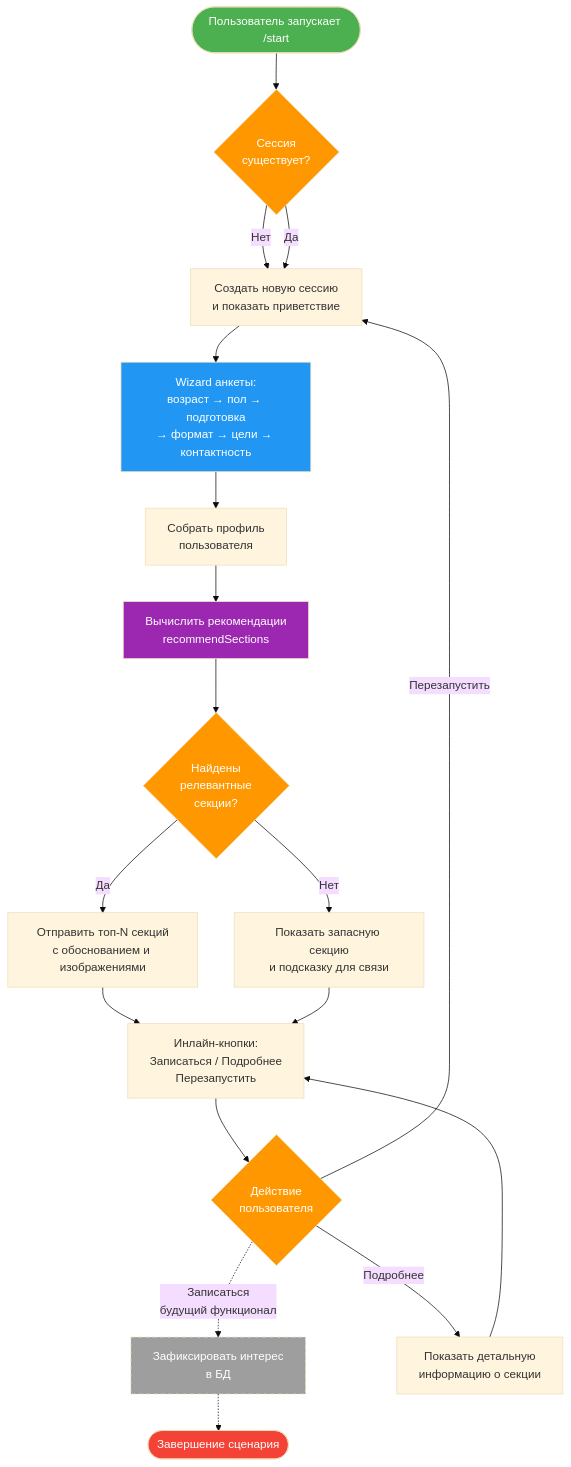
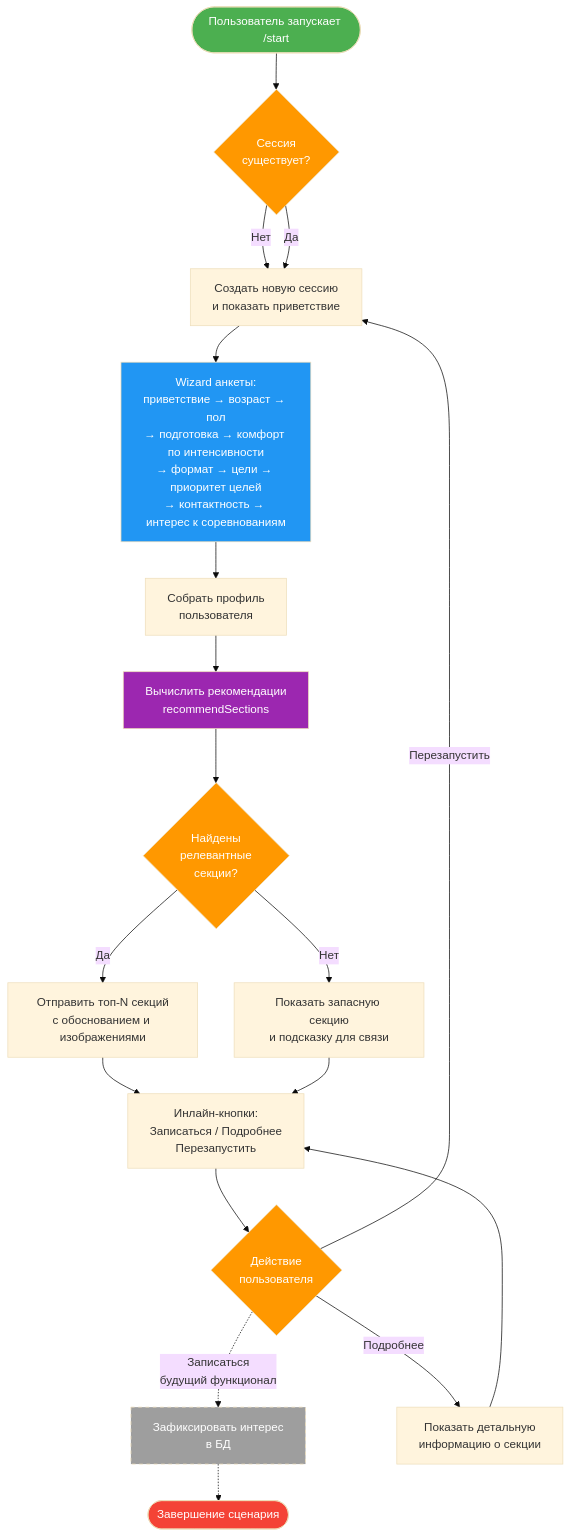
One commit to kotru21/bsuir changed the third of 4 diagrams in docs/ARCHITECTURE.md. Above: the diagram before and after it, drawn with Mermaid (base theme). The commit also changed other lines of this file and 4 other files, not shown here.

````diff
--- a/docs/ARCHITECTURE.md
+++ b/docs/ARCHITECTURE.md
@@ -147,43 +147,43 @@
 ```mermaid
 flowchart TD
    Start([Пользователь запускает /start])
 
    Start --> CheckSession{Сессия\nсуществует?}
 
    CheckSession -->|Нет| CreateSession[Создать новую сессию\nи показать приветствие]
    CheckSession -->|Да| CreateSession
 
-   CreateSession --> Wizard[Wizard анкеты:\nвозраст → пол → подготовка\n→ формат → цели → контактность]
+   CreateSession --> Wizard[Wizard анкеты:\nприветствие → возраст → пол\n→ подготовка → комфорт по интенсивности\n→ формат → цели → приоритет целей\n→ контактность → интерес к соревнованиям]
 
    Wizard --> AssembleProfile[Собрать профиль\nпользователя]
 
    AssembleProfile --> ComputeRecs[Вычислить рекомендации\nrecommendSections]
 
    ComputeRecs --> CheckResults{Найдены\nрелевантные\nсекции?}
 
    CheckResults -->|Да| SendTop[Отправить топ-N секций\nс обоснованием и изображениями]
    CheckResults -->|Нет| SendFallback[Показать запасную секцию\nи подсказку для связи]
 
    SendTop --> ShowButtons
    SendFallback --> ShowButtons
 
    ShowButtons[Инлайн-кнопки:\nЗаписаться / Подробнее\nПерезапустить]
 
    ShowButtons --> UserAction{Действие\nпользователя}
 
    UserAction -.->|Записаться\nбудущий функционал| RecordInterest[Зафиксировать интерес\nв БД]
    UserAction -->|Подробнее| ShowDetails[Показать детальную\nинформацию о секции]
    UserAction -->|Перезапустить| CreateSession
 
    RecordInterest -.-> End([Завершение сценария])
    ShowDetails --> ShowButtons
 
    style Start fill:#4caf50,color:#fff
    style End fill:#f44336,color:#fff
    style CheckSession fill:#ff9800,color:#fff
    style CheckResults fill:#ff9800,color:#fff
    style UserAction fill:#ff9800,color:#fff
    style Wizard fill:#2196f3,color:#fff
    style ComputeRecs fill:#9c27b0,color:#fff
    style RecordInterest fill:#9e9e9e,color:#fff,stroke-dasharray: 5 5
 ```
````
